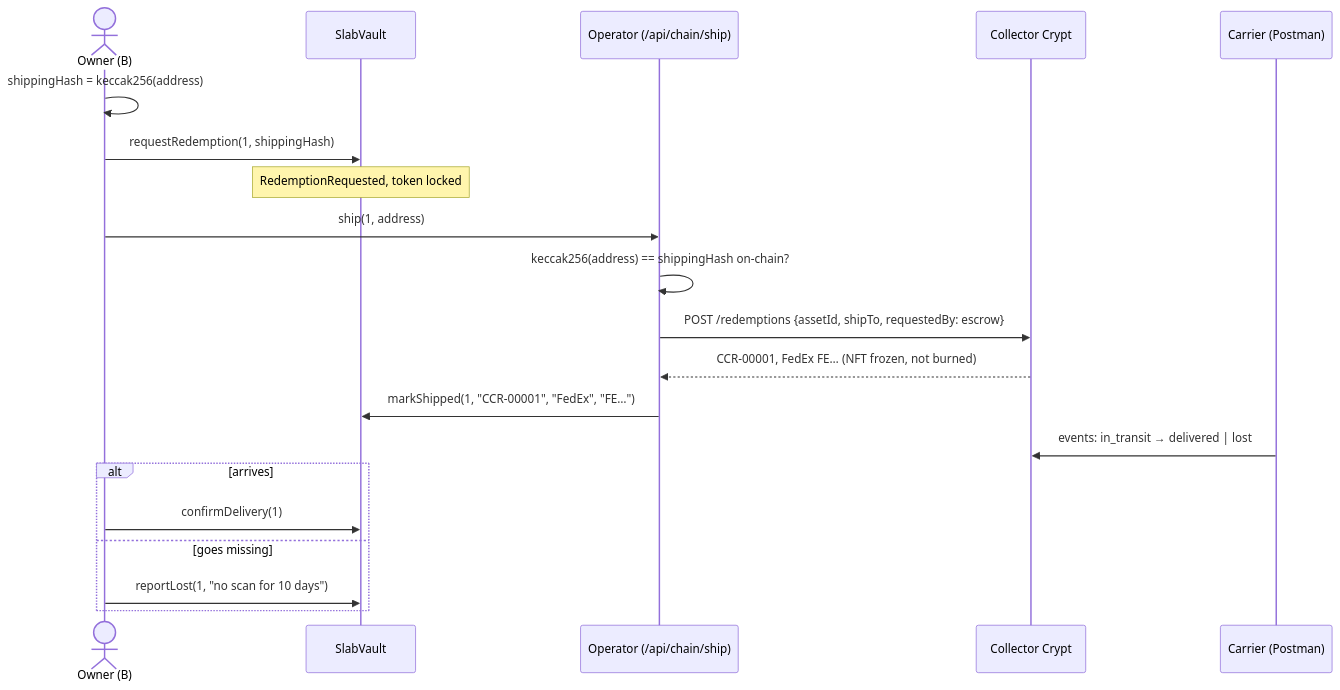
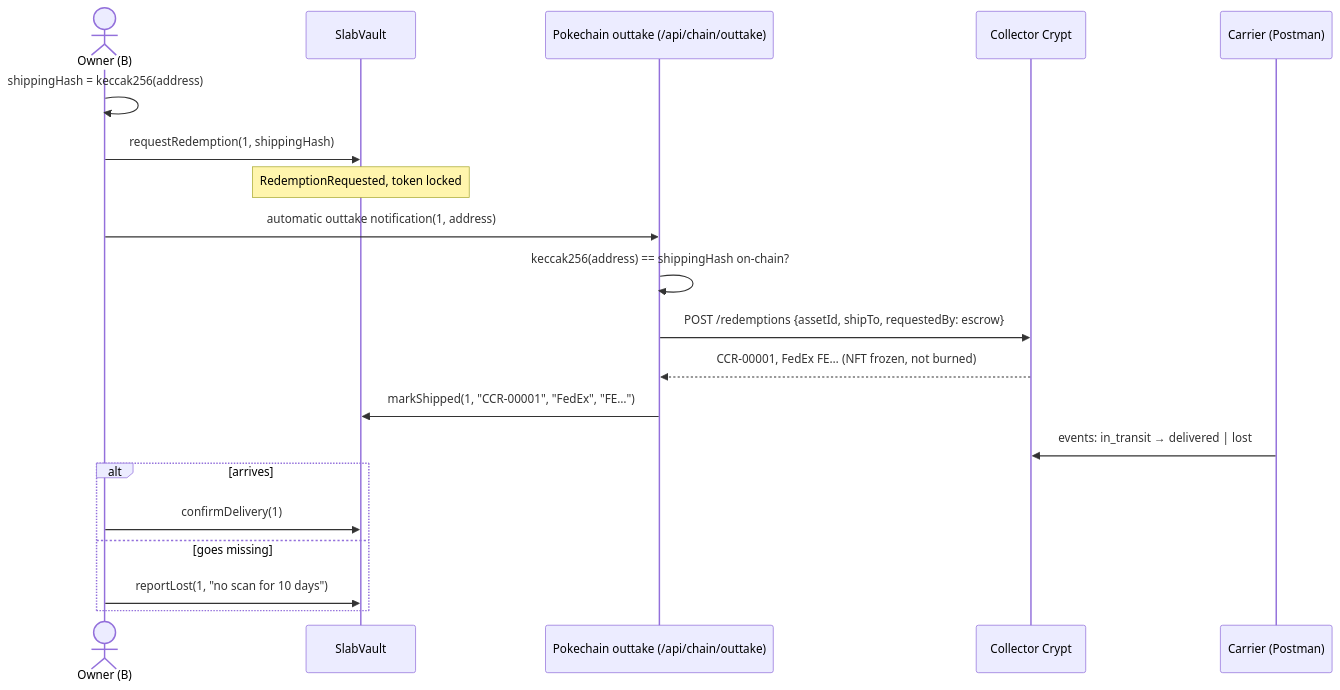
Before and after one commit to Xenonwizard/IS4302project: the seventh of 7 diagrams in docs/blockchain-onboarding.md, drawn with Mermaid. The commit also changed other lines of this file and 40 other files, not shown here.

Commit message:
Add found-slab recovery flow, outtake simulator, and chain updates

````diff
--- a/docs/blockchain-onboarding.md
+++ b/docs/blockchain-onboarding.md
@@ -344,22 +344,22 @@
 ```mermaid
 sequenceDiagram
   actor B as Owner (B)
   participant SV as SlabVault
-  participant O as Operator (/api/chain/ship)
+  participant O as Pokechain outtake (/api/chain/outtake)
   participant CC as Collector Crypt
   participant C as Carrier (Postman)
   B->>B: shippingHash = keccak256(address)
   B->>SV: requestRedemption(1, shippingHash)
   Note over SV: RedemptionRequested, token locked
-  B->>O: ship(1, address)
+  B->>O: automatic outtake notification(1, address)
   O->>O: keccak256(address) == shippingHash on-chain?
   O->>CC: POST /redemptions {assetId, shipTo, requestedBy: escrow}
   CC-->>O: CCR-00001, FedEx FE…  (NFT frozen, not burned)
   O->>SV: markShipped(1, "CCR-00001", "FedEx", "FE…")
   C->>CC: events: in_transit → delivered | lost
   alt arrives
     B->>SV: confirmDelivery(1)
   else goes missing
     B->>SV: reportLost(1, "no scan for 10 days")
   end
 ```
````
